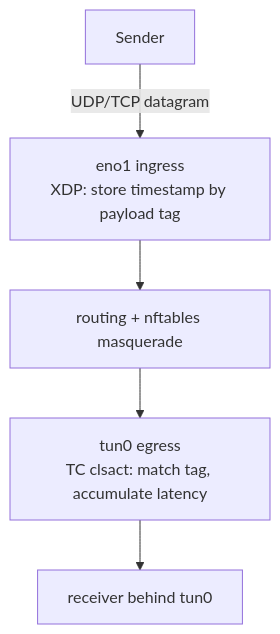
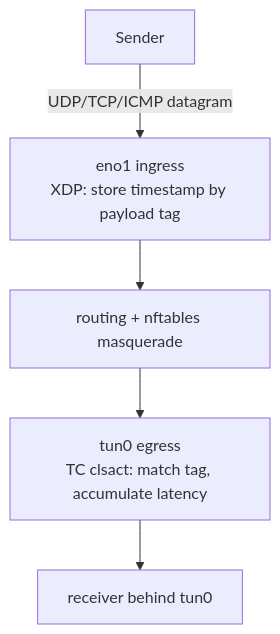
Before and after one commit to aeaidev/bpfagent: the diagram in docs/IFLAT.md, drawn with Mermaid. The commit also changed other lines of this file and 7 other files, not shown here.

````diff
--- a/docs/IFLAT.md
+++ b/docs/IFLAT.md
@@ -13,7 +15,7 @@
 ```mermaid
 flowchart TD
-    SRC[Sender] --> |UDP/TCP datagram| RX[eno1 ingress<br/>XDP: store timestamp by payload tag]
+    SRC[Sender] --> |UDP/TCP/ICMP datagram| RX[eno1 ingress<br/>XDP: store timestamp by payload tag]
     RX --> FWD[routing + nftables masquerade]
     FWD --> TX[tun0 egress<br/>TC clsact: match tag, accumulate latency]
     TX --> APP[receiver behind tun0]
 ```
````
